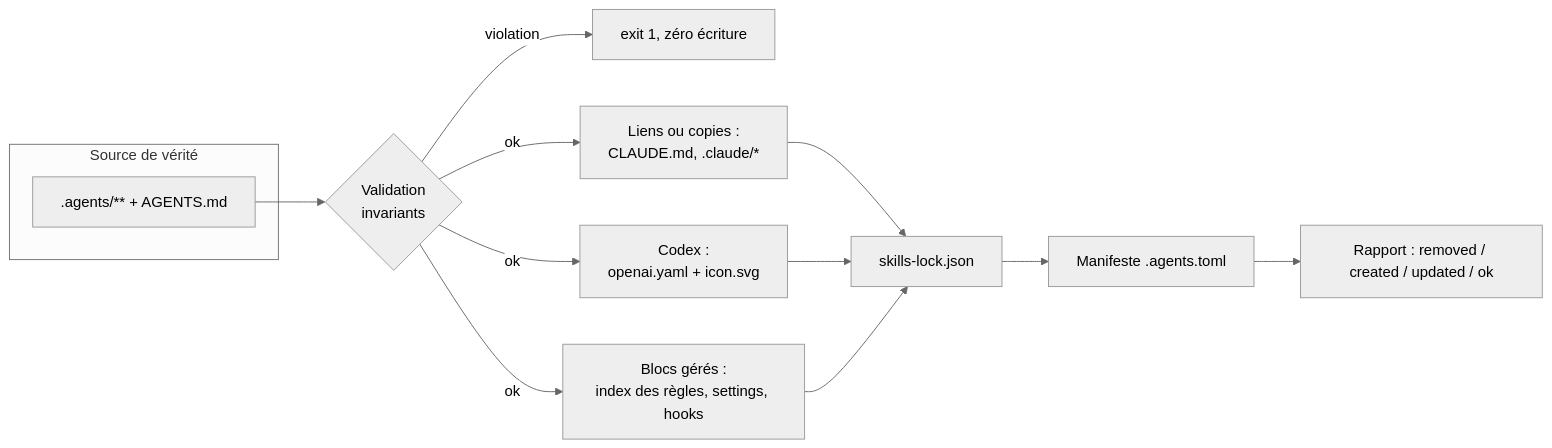
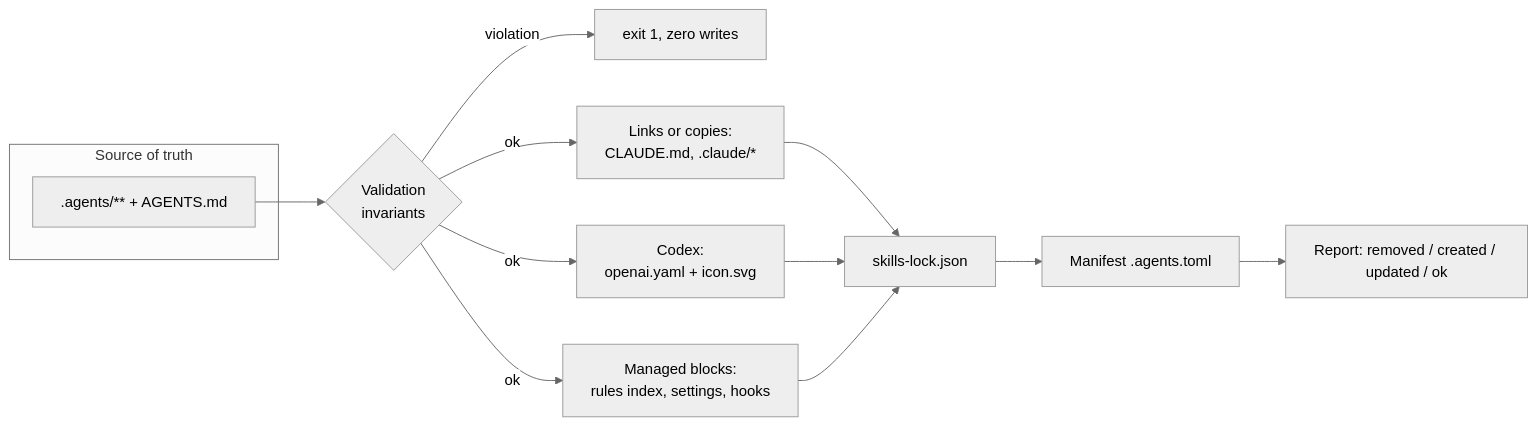
Before and after one commit to PicardRaphael/agentsdir: the third of 4 diagrams in docs/commandes.md, drawn with Mermaid (neutral theme). The commit also changed other lines of this file and 23 other files, not shown here.

Commit message:
Tache 14 : check compare les copies a la source, sync retire les orphelins, les generateurs projettent

````diff
--- a/docs/commandes.md
+++ b/docs/commandes.md
@@ -394,16 +395,16 @@
 ```mermaid
 flowchart LR
-    subgraph SRC["Source de vérité"]
+    subgraph SRC["Source of truth"]
         A[.agents/** + AGENTS.md]
     end
     A --> V{Validation<br/>invariants}
-    V -- violation --> X[exit 1, zéro écriture]
-    V -- ok --> P1[Liens ou copies :<br/>CLAUDE.md, .claude/*]
-    V -- ok --> P2[Codex :<br/>openai.yaml + icon.svg]
-    V -- ok --> P3[Blocs gérés :<br/>index des règles, settings, hooks]
+    V -- violation --> X[exit 1, zero writes]
+    V -- ok --> P1[Links or copies:<br/>CLAUDE.md, .claude/*]
+    V -- ok --> P2[Codex:<br/>openai.yaml + icon.svg]
+    V -- ok --> P3[Managed blocks:<br/>rules index, settings, hooks]
     P1 --> L[skills-lock.json]
     P2 --> L
     P3 --> L
-    L --> M[Manifeste .agents.toml]
-    M --> R[Rapport : removed / created / updated / ok]
+    L --> M[Manifest .agents.toml]
+    M --> R[Report: removed / created / updated / ok]
 ```
````
